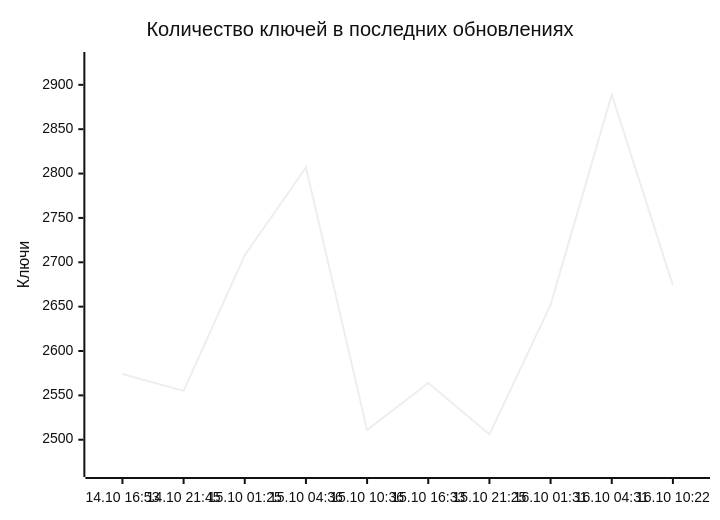
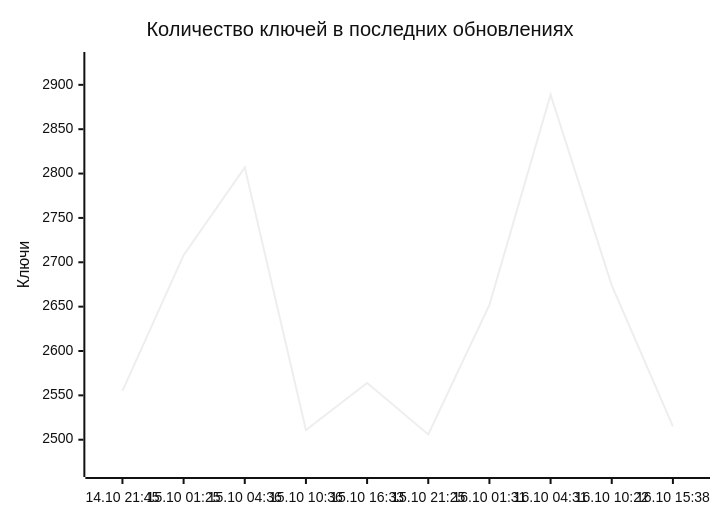
One commit to markKikhtenko/WireVeil changed the diagram in README.md. Above: the diagram before and after it, drawn with Mermaid (neutral theme). The commit also changed other lines of this file and 12 other files, not shown here.

````diff
--- a/README.md
+++ b/README.md
@@ -55,7 +55,7 @@
 ```mermaid
 xychart-beta
     title "Количество ключей в последних обновлениях"
-    x-axis ["14.10 16:53", "14.10 21:45", "15.10 01:25", "15.10 04:36", "15.10 10:36", "15.10 16:33", "15.10 21:25", "16.10 01:31", "16.10 04:31", "16.10 10:22"]
+    x-axis ["14.10 21:45", "15.10 01:25", "15.10 04:36", "15.10 10:36", "15.10 16:33", "15.10 21:25", "16.10 01:31", "16.10 04:31", "16.10 10:22", "16.10 15:38"]
     y-axis "Ключи" 2467 --> 2928
-    line [2574, 2555, 2708, 2807, 2511, 2564, 2506, 2652, 2889, 2674]
+    line [2555, 2708, 2807, 2511, 2564, 2506, 2652, 2889, 2674, 2515]
 ```
````
